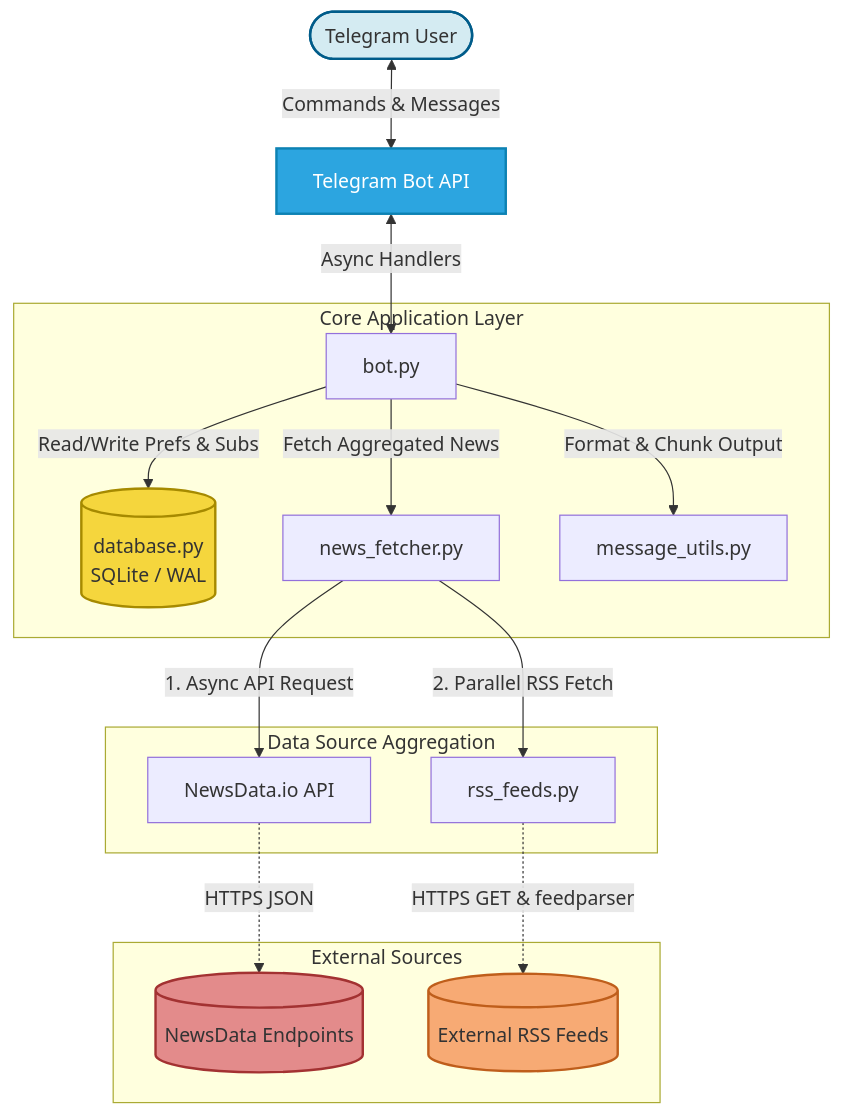
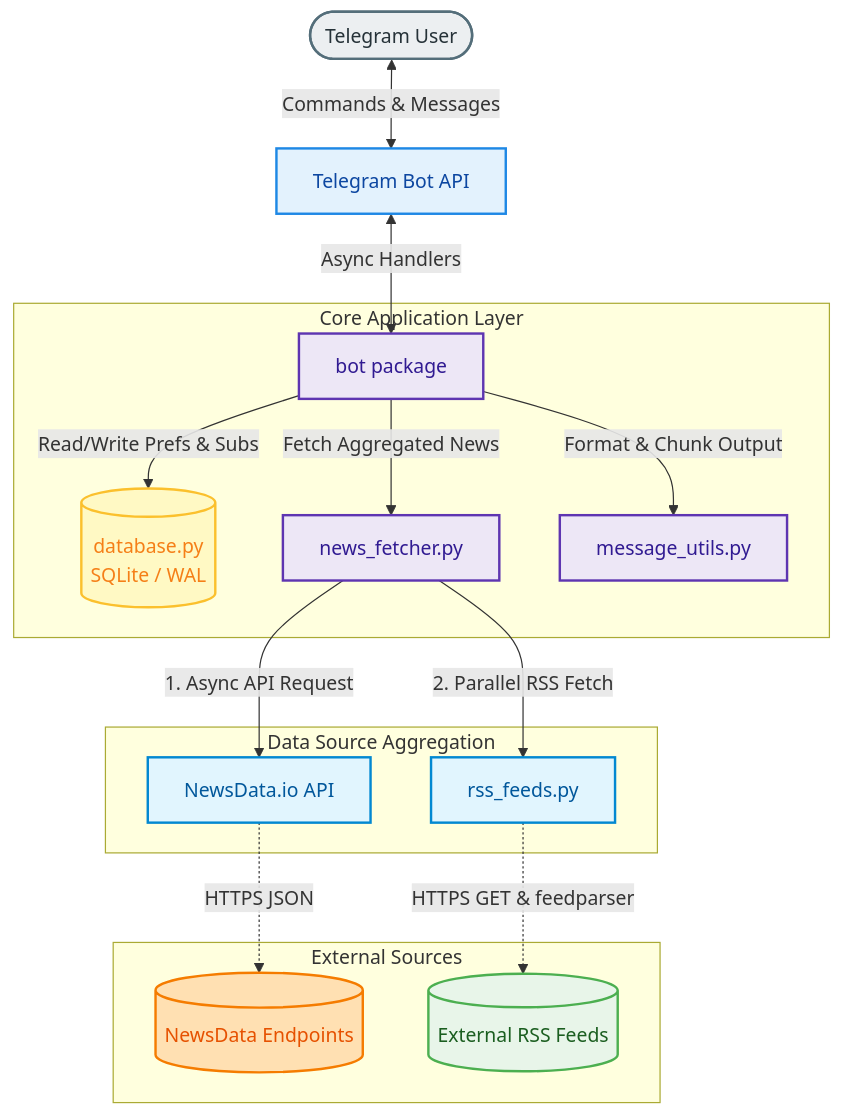
One commit to sunil-gumatimath/newsdrop changed the diagram in README.md. Above: the diagram before and after it, drawn with Mermaid.

Commit message:
docs: improve Mermaid architecture diagram styles for GitHub dark mode

````diff
--- a/README.md
+++ b/README.md
@@ -43,27 +43,32 @@
 ```mermaid
 graph TD
     User([Telegram User]) <-->|Commands & Messages| Telegram[Telegram Bot API]
-    Telegram <-->|Async Handlers| Bot[bot.py]
+    Telegram <-->|Async Handlers| Bot[bot package]
 
     subgraph Core Application Layer
         Bot -->|Read/Write Prefs & Subs| DB[(database.py <br> SQLite / WAL)]
         Bot -->|Fetch Aggregated News| Fetcher[news_fetcher.py]
         Bot -->|Format & Chunk Output| Utils[message_utils.py]
     end
 
     subgraph Data Source Aggregation
         Fetcher -->|1. Async API Request| NewsAPI[NewsData.io API]
         Fetcher -->|2. Parallel RSS Fetch| RSS[rss_feeds.py]
     end
 
     subgraph External Sources
         NewsAPI -.->|HTTPS JSON| WebAPI[(NewsData Endpoints)]
         RSS -.->|HTTPS GET & feedparser| Feeds[(External RSS Feeds)]
     end
     
-    style User fill:#d4ebf2,stroke:#005c8a,stroke-width:2px
-    style Telegram fill:#2CA5E0,stroke:#0d82b3,stroke-width:2px,color:#fff
-    style DB fill:#f5d63d,stroke:#a68a00,stroke-width:2px
-    style WebAPI fill:#e38b8b,stroke:#a33232,stroke-width:2px
-    style Feeds fill:#f7aa74,stroke:#bf5e1b,stroke-width:2px
+    style User fill:#eceff1,stroke:#546e7a,stroke-width:2px,color:#263238
+    style Telegram fill:#e3f2fd,stroke:#1e88e5,stroke-width:2px,color:#0d47a1
+    style Bot fill:#ede7f6,stroke:#5e35b1,stroke-width:2px,color:#311b92
+    style Fetcher fill:#ede7f6,stroke:#5e35b1,stroke-width:2px,color:#311b92
+    style Utils fill:#ede7f6,stroke:#5e35b1,stroke-width:2px,color:#311b92
+    style DB fill:#fff9c4,stroke:#fbc02d,stroke-width:2px,color:#f57f17
+    style NewsAPI fill:#e1f5fe,stroke:#0288d1,stroke-width:2px,color:#01579b
+    style RSS fill:#e1f5fe,stroke:#0288d1,stroke-width:2px,color:#01579b
+    style WebAPI fill:#ffe0b2,stroke:#f57c00,stroke-width:2px,color:#e65100
+    style Feeds fill:#e8f5e9,stroke:#4caf50,stroke-width:2px,color:#1b5e20
 ```
````
